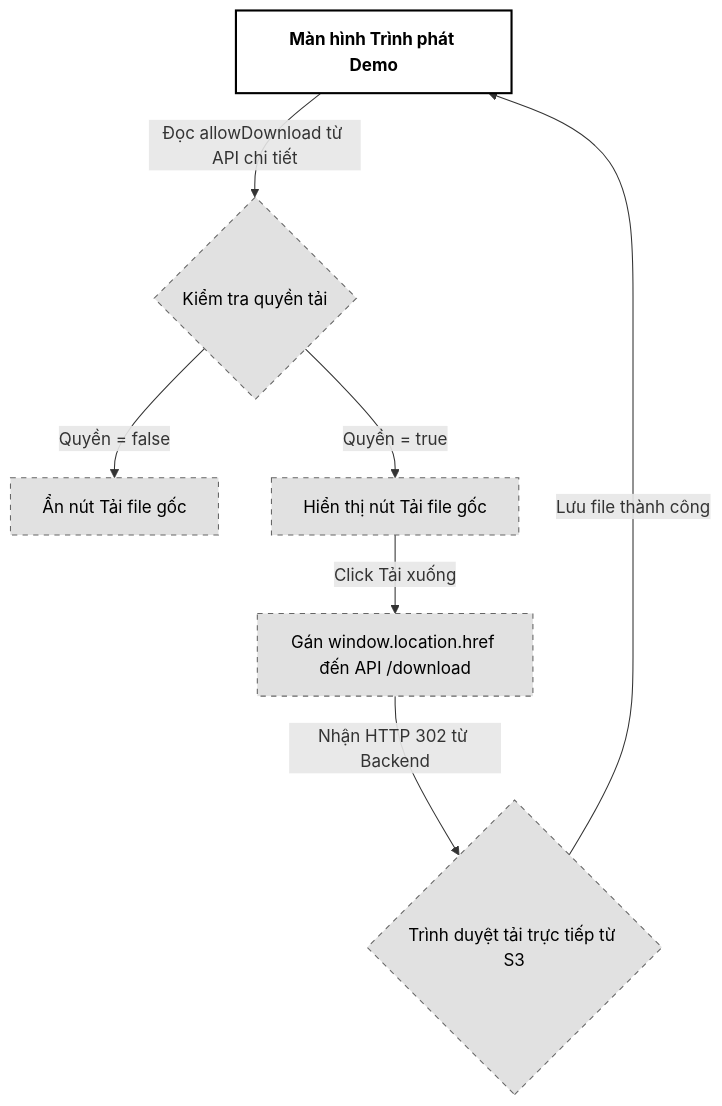
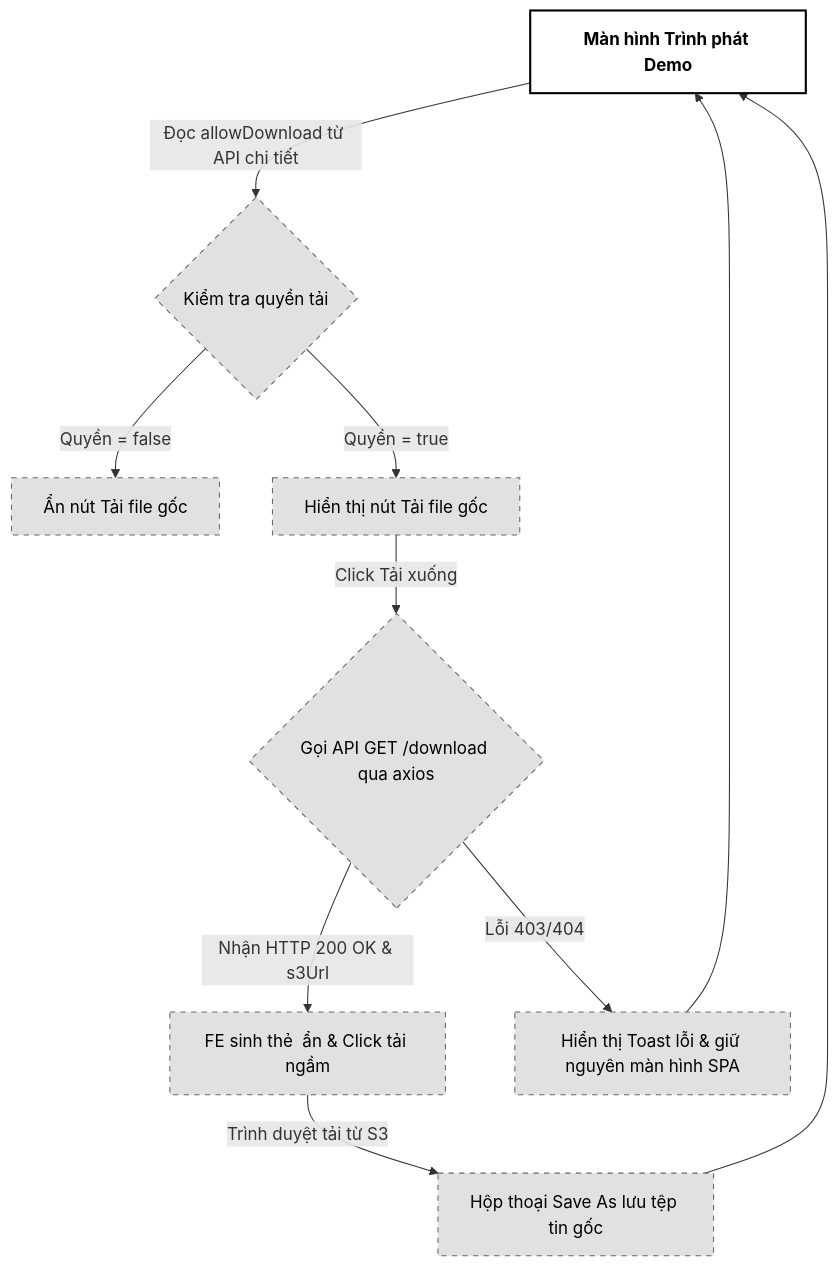
The second of 2 diagrams in docs/3. Secure Audio Streaming/05_download_original_audio.md (NguyenDucHoangNam/PWB_Mini), drawn with Mermaid before and after one commit. The commit also changed other lines of this file and 22 other files, not shown here.

````diff
--- a/docs/3. Secure Audio Streaming/05_download_original_audio.md
+++ b/docs/3. Secure Audio Streaming/05_download_original_audio.md
@@ -173,17 +201,20 @@
 ```mermaid
 graph TD
     classDef default fill:#f9f9f9,stroke:#333,stroke-width:1px,color:#000;
     classDef screen fill:#ffffff,stroke:#000,stroke-width:2px,font-weight:bold,color:#000;
     classDef action fill:#e1e1e1,stroke:#666,stroke-width:1px,stroke-dasharray: 5 5,color:#000;
 
     PlayerPage["Màn hình Trình phát Demo"]:::screen -->|Đọc allowDownload từ API chi tiết| CheckAuth{Kiểm tra quyền tải}:::action
     
     CheckAuth -->|Quyền = false| HideButton[Ẩn nút Tải file gốc]:::action
     CheckAuth -->|Quyền = true| ShowButton[Hiển thị nút Tải file gốc]:::action
     
-    ShowButton -->|Click Tải xuống| RedirectAction[Gán window.location.href đến API /download]:::action
+    ShowButton -->|Click Tải xuống| FetchAction{Gọi API GET /download qua axios}:::action
     
-    RedirectAction -->|Nhận HTTP 302 từ Backend| S3Redirect{Trình duyệt tải trực tiếp từ S3}:::action
+    FetchAction -->|Nhận HTTP 200 OK & s3Url| TriggerDownload[FE sinh thẻ <a> ẩn & Click tải ngầm]:::action
+    FetchAction -->|Lỗi 403/404| ErrorToast[Hiển thị Toast lỗi & giữ nguyên màn hình SPA]:::action
     
-    S3Redirect -->|Lưu file thành công| PlayerPage
+    TriggerDownload -->|Trình duyệt tải từ S3| SaveFile[Hộp thoại Save As lưu tệp tin gốc]:::action
+    SaveFile --> PlayerPage
+    ErrorToast --> PlayerPage
 ```
````
